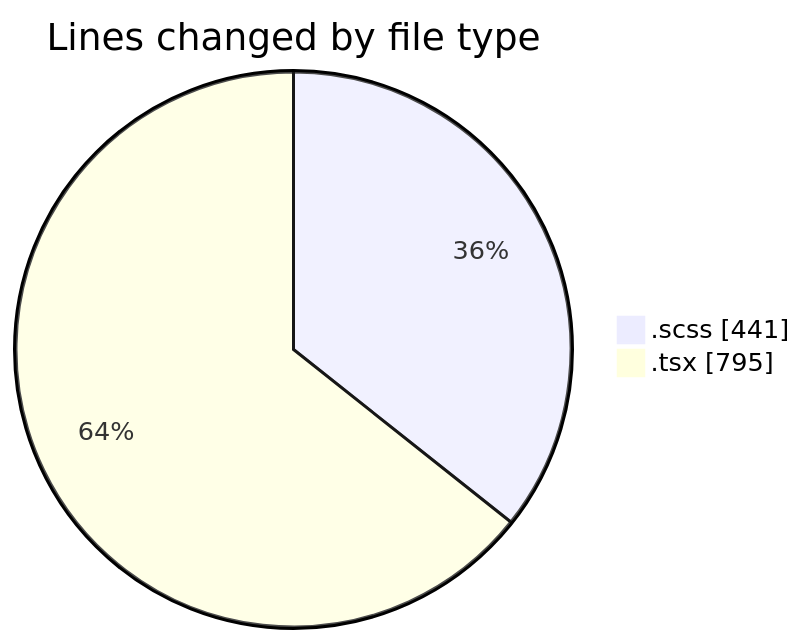
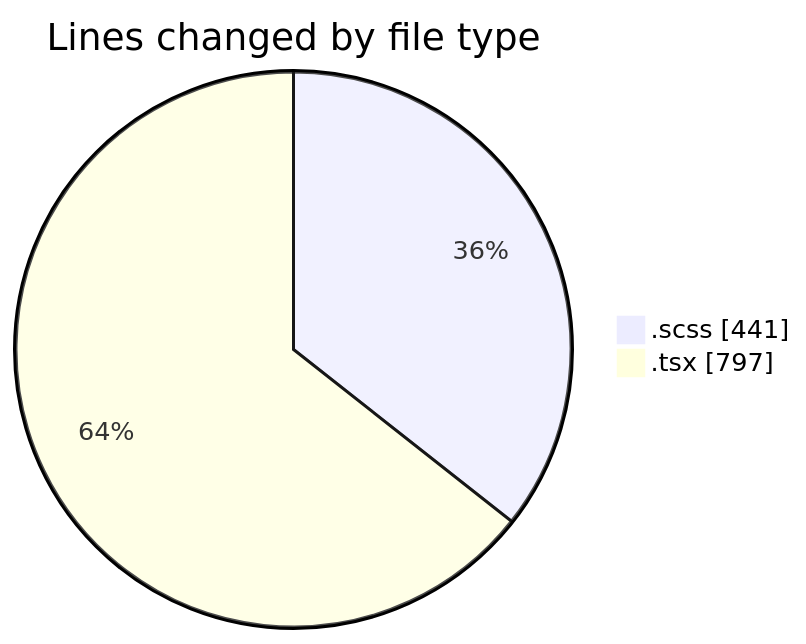
The first of 2 diagrams in 2025-03-28/cda/README.md (momahboobian/code-tracking), drawn with Mermaid before and after one commit. The commit also changed other lines of this file and 1 other file, not shown here.

````diff
--- a/2025-03-28/cda/README.md
+++ b/2025-03-28/cda/README.md
@@ -23,6 +23,6 @@
 ```mermaid
 pie showData
 title Lines changed by file type
 ".scss" : 441
-".tsx" : 795
+".tsx" : 797
 ```
````
